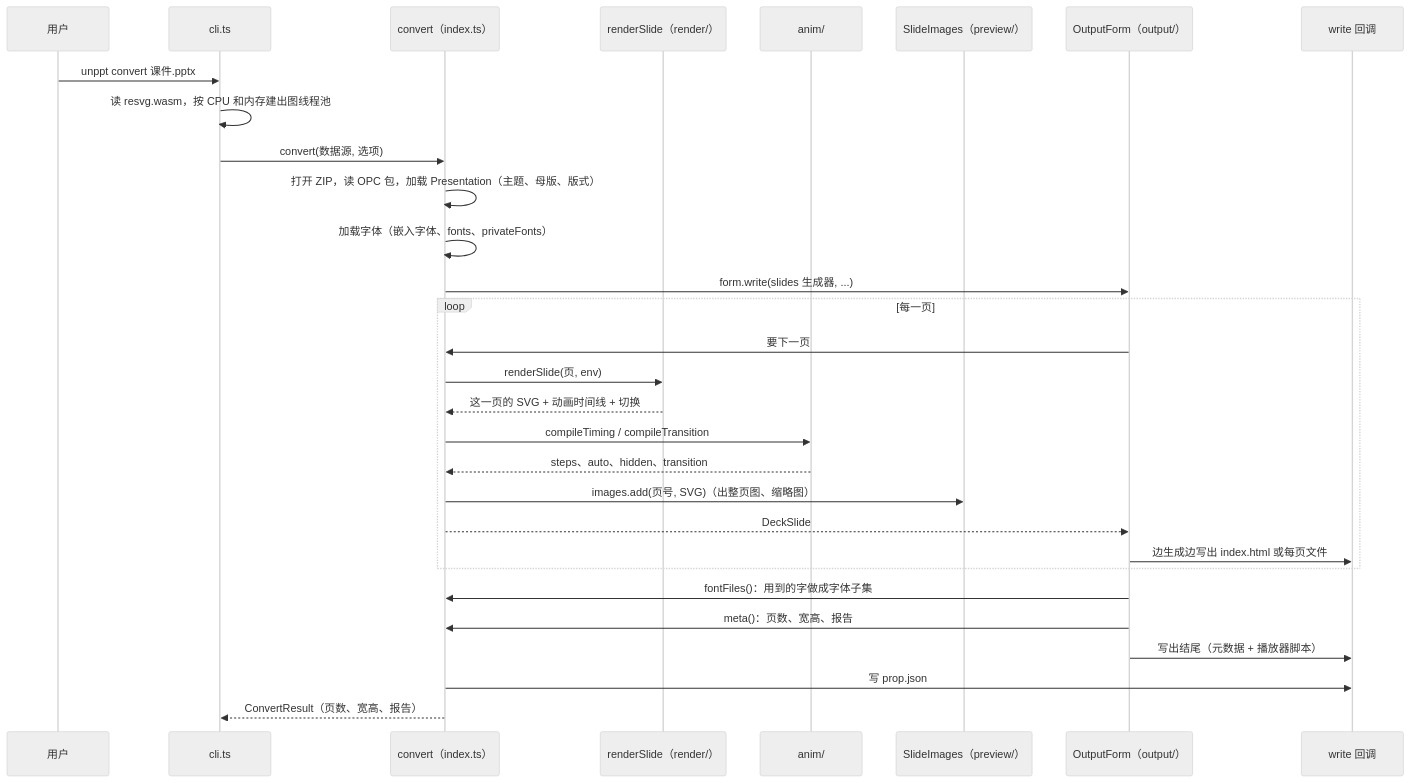
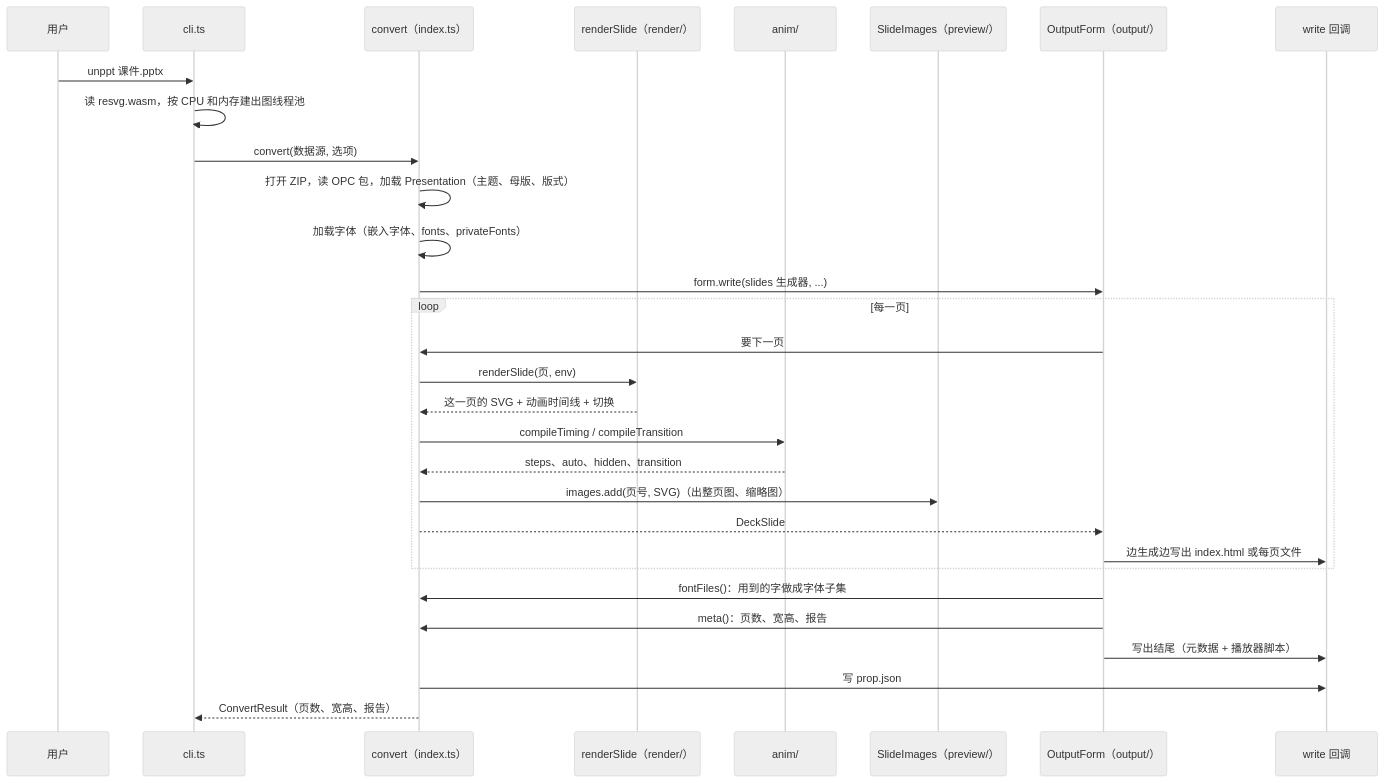
Before and after one commit to spitmaster/unppt: the fifth of 16 diagrams in docs/zh/architecture.md, drawn with Mermaid (neutral theme). The commit also changed 24 other files, not shown here.

First line of the commit message:
release: 0.2.0 命令行简化为 unppt <文件.pptx>

````diff
--- a/docs/zh/architecture.md
+++ b/docs/zh/architecture.md
@@ -205,33 +205,33 @@
 ```mermaid
 sequenceDiagram
   participant U as 用户
   participant CLI as cli.ts
   participant C as convert（index.ts）
   participant R as renderSlide（render/）
   participant A as anim/
   participant I as SlideImages（preview/）
   participant O as OutputForm（output/）
   participant W as write 回调
 
-  U->>CLI: unppt convert 课件.pptx
+  U->>CLI: unppt 课件.pptx
   CLI->>CLI: 读 resvg.wasm，按 CPU 和内存建出图线程池
   CLI->>C: convert(数据源, 选项)
   C->>C: 打开 ZIP，读 OPC 包，加载 Presentation（主题、母版、版式）
   C->>C: 加载字体（嵌入字体、fonts、privateFonts）
   C->>O: form.write(slides 生成器, ...)
   loop 每一页
     O->>C: 要下一页
     C->>R: renderSlide(页, env)
     R-->>C: 这一页的 SVG + 动画时间线 + 切换
     C->>A: compileTiming / compileTransition
     A-->>C: steps、auto、hidden、transition
     C->>I: images.add(页号, SVG)（出整页图、缩略图）
     C-->>O: DeckSlide
     O->>W: 边生成边写出 index.html 或每页文件
   end
   O->>C: fontFiles()：用到的字做成字体子集
   O->>C: meta()：页数、宽高、报告
   O->>W: 写出结尾（元数据 + 播放器脚本）
   C->>W: 写 prop.json
   C-->>CLI: ConvertResult（页数、宽高、报告）
 ```
````
